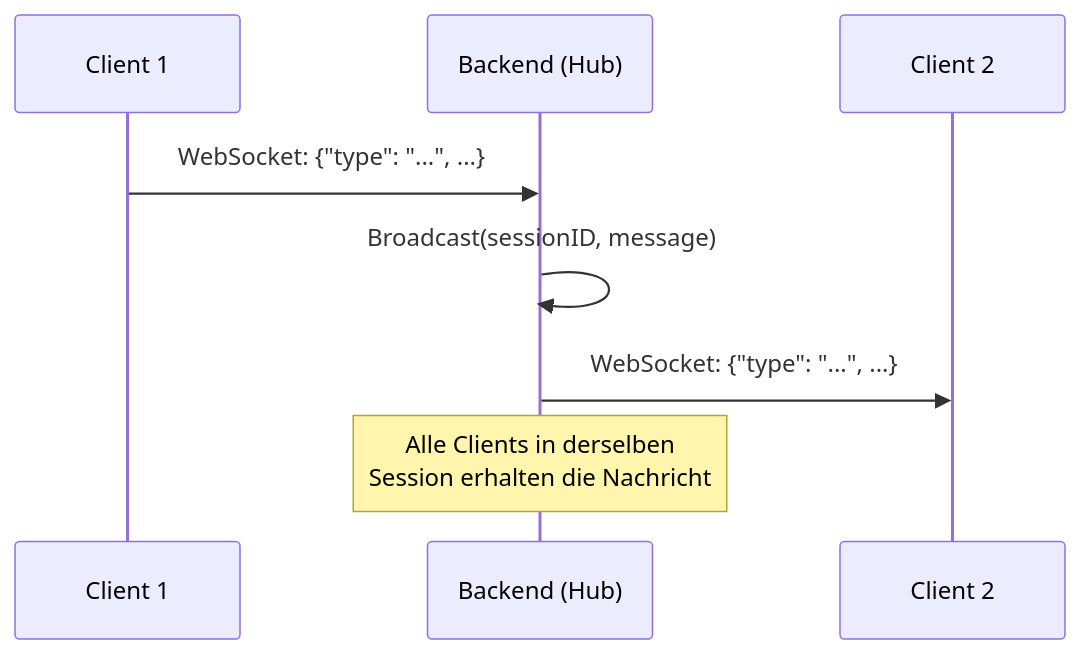
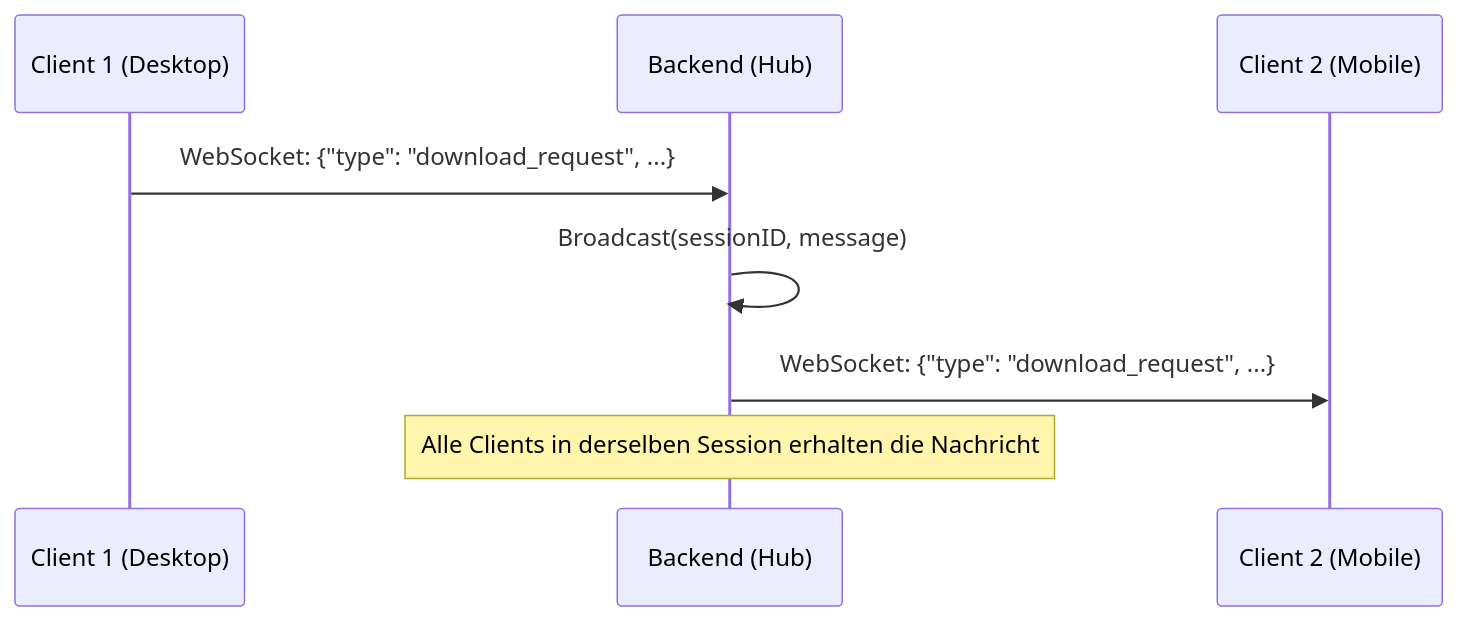
Before and after one commit to Garante83/DocFlow-: the ninth of 10 diagrams in map.md, drawn with Mermaid. The commit also changed other lines of this file and 28 other files, not shown here.

````diff
--- a/map.md
+++ b/map.md
@@ -201,11 +420,11 @@
 ```mermaid
 sequenceDiagram
-    participant C1 as Client 1
+    participant C1 as Client 1 (Desktop)
     participant B as Backend (Hub)
-    participant C2 as Client 2
+    participant C2 as Client 2 (Mobile)
 
-    C1->>B: WebSocket: {"type": "...", ...}
+    C1->>B: WebSocket: {"type": "download_request", ...}
     B->>B: Broadcast(sessionID, message)
-    B->>C2: WebSocket: {"type": "...", ...}
-    Note over B: Alle Clients in derselben<br/>Session erhalten die Nachricht
+    B->>C2: WebSocket: {"type": "download_request", ...}
+    Note over B: Alle Clients in derselben Session erhalten die Nachricht
 ```
````
